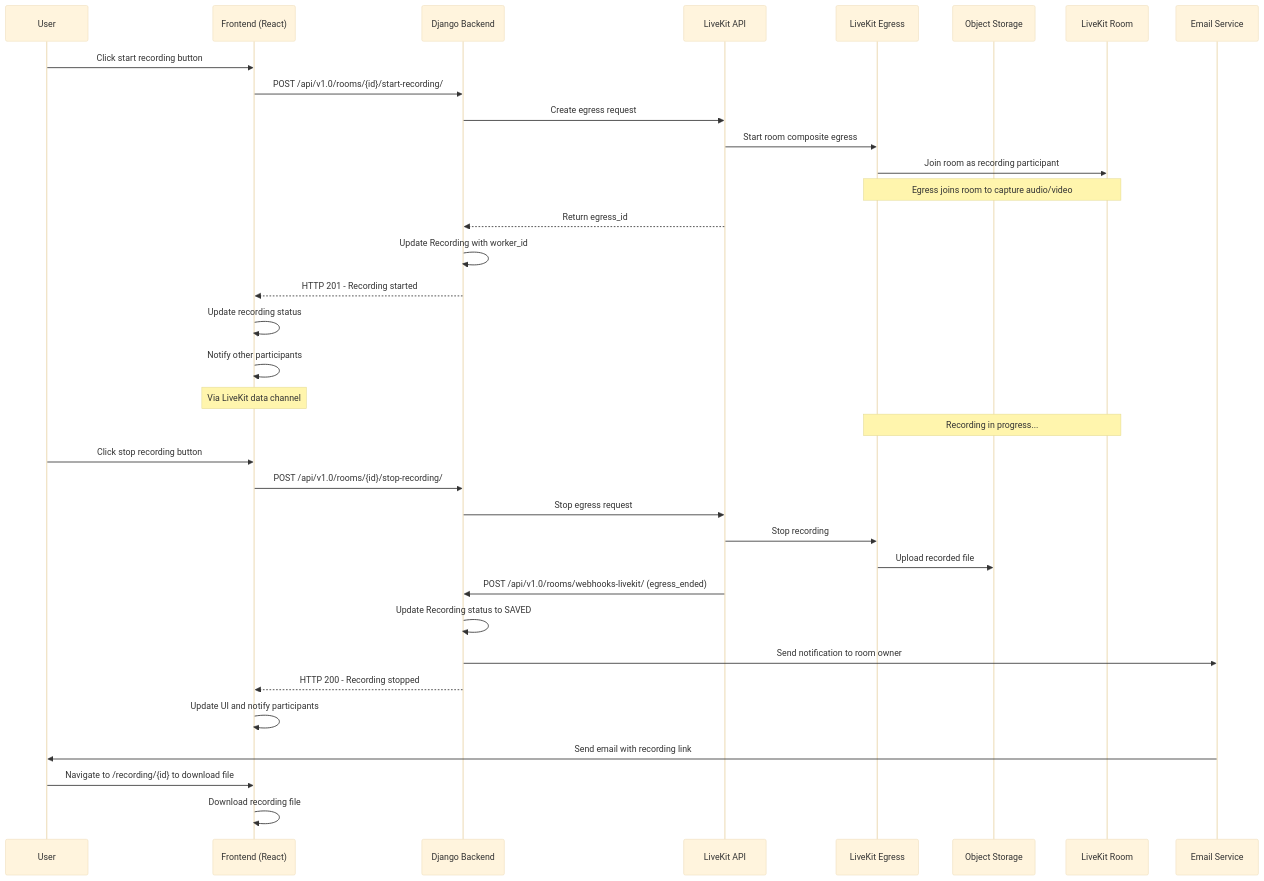
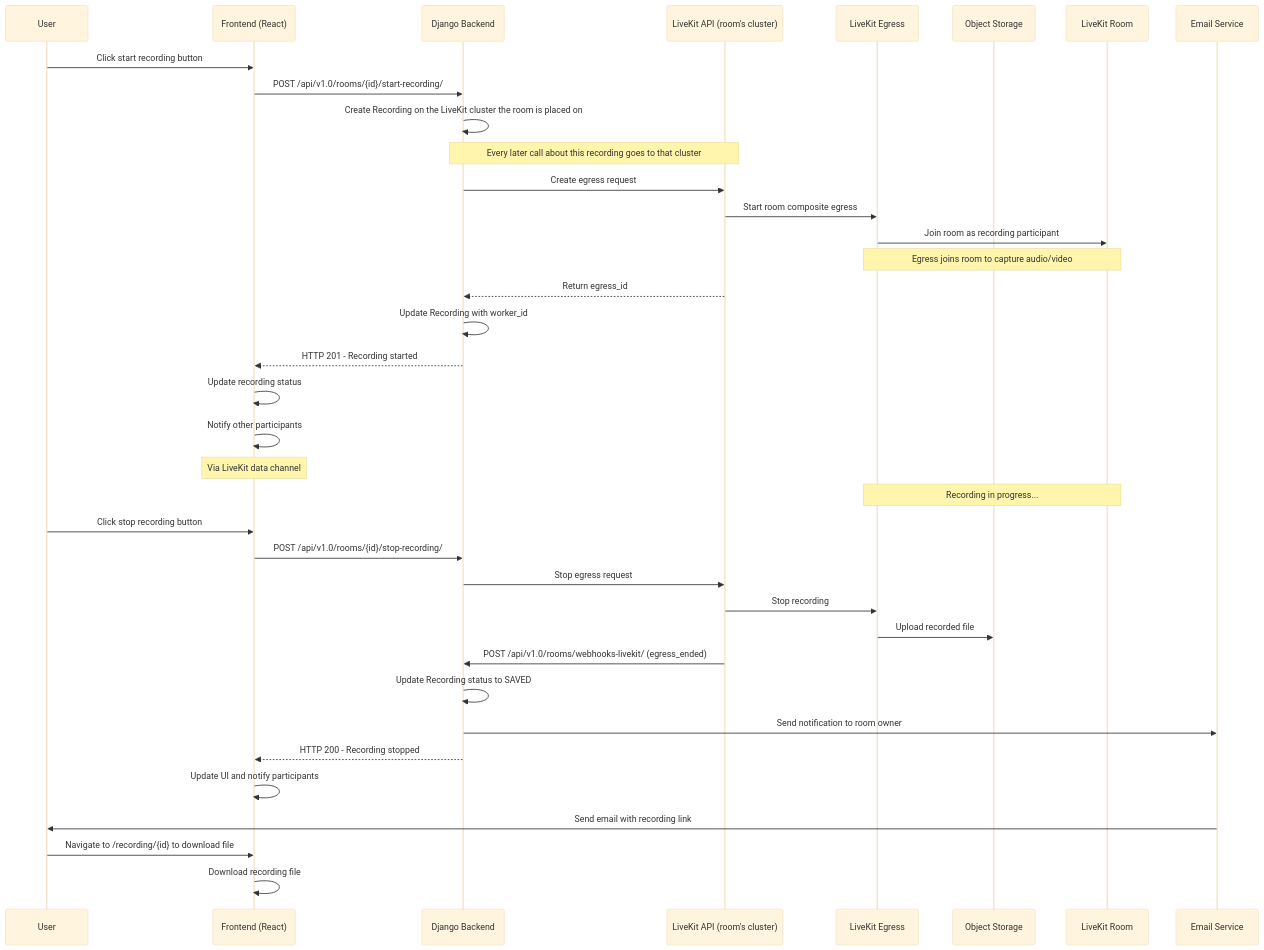
The diagram in docs/features/recording.md (suitenumerique/meet), drawn with Mermaid (base theme) before and after one commit. The commit also changed other lines of this file and 4 other files, not shown here.

````diff
--- a/docs/features/recording.md
+++ b/docs/features/recording.md
@@ -37,49 +37,51 @@
 ```mermaid
 sequenceDiagram
     participant User
     participant Frontend as Frontend (React)
     participant Backend as Django Backend
-    participant LiveKit as LiveKit API
+    participant LiveKit as LiveKit API (room's cluster)
     participant Egress as LiveKit Egress
     participant Storage as Object Storage
     participant Room as LiveKit Room
     participant Email as Email Service
 
     User->>Frontend: Click start recording button
     
     Frontend->>Backend: POST /api/v1.0/rooms/{id}/start-recording/
   
+    Backend->>Backend: Create Recording on the LiveKit cluster the room is placed on
+    Note over Backend,LiveKit: Every later call about this recording goes to that cluster
     Backend->>LiveKit: Create egress request
     
     LiveKit->>Egress: Start room composite egress
     Egress->>Room: Join room as recording participant
     Note over Egress,Room: Egress joins room to capture audio/video
     
     LiveKit-->>Backend: Return egress_id
     Backend->>Backend: Update Recording with worker_id
     Backend-->>Frontend: HTTP 201 - Recording started
     
     Frontend->>Frontend: Update recording status
     Frontend->>Frontend: Notify other participants
     Note over Frontend: Via LiveKit data channel
     
     Note over Egress,Room: Recording in progress...
     
     User->>Frontend: Click stop recording button
     Frontend->>Backend: POST /api/v1.0/rooms/{id}/stop-recording/
     
     Backend->>LiveKit: Stop egress request
     LiveKit->>Egress: Stop recording
     Egress->>Storage: Upload recorded file
     
     LiveKit->>Backend: POST /api/v1.0/rooms/webhooks-livekit/ (egress_ended)
     Backend->>Backend: Update Recording status to SAVED
     Backend->>Email: Send notification to room owner
     
     Backend-->>Frontend: HTTP 200 - Recording stopped
     Frontend->>Frontend: Update UI and notify participants
     
     Email->>User: Send email with recording link
     User->>Frontend: Navigate to /recording/{id} to download file
     Frontend->>Frontend: Download recording file
 ```
````
